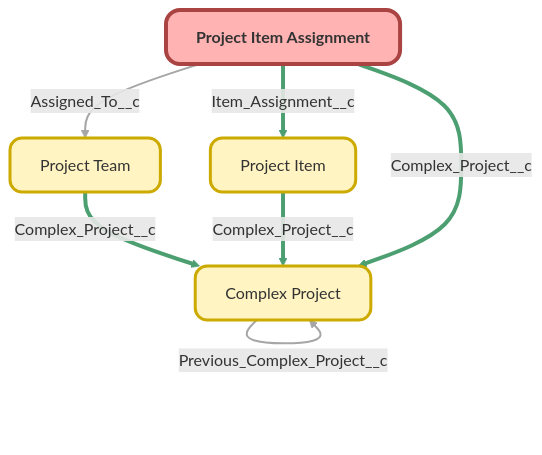
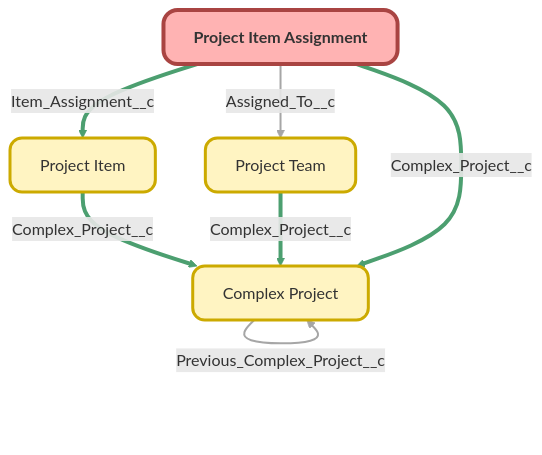
The diagram in docs/objects/Project_Item_Assignments__c.md (moechapa/ubiquity-org-monitoring), drawn with Mermaid before and after one commit. The commit also changed other lines of this file and 1296 other files, not shown here.

````diff
--- a/docs/objects/Project_Item_Assignments__c.md
+++ b/docs/objects/Project_Item_Assignments__c.md
@@ -12,26 +12,26 @@
 ```mermaid
 graph TD
 Project_Team__c["Project Team"]:::customObject
 click Project_Team__c "/objects/Project_Team__c/"
 Project_Item__c["Project Item"]:::customObject
 click Project_Item__c "/objects/Project_Item__c/"
 Project_Item_Assignments__c["Project Item Assignment"]:::mainObject
 click Project_Item_Assignments__c "/objects/Project_Item_Assignments__c/"
 Complex_Project__c["Complex Project"]:::customObject
 click Complex_Project__c "/objects/Complex_Project__c/"
 
+Project_Item__c ==>|Complex_Project__c| Complex_Project__c
 Project_Team__c ==>|Complex_Project__c| Complex_Project__c
-Project_Item__c ==>|Complex_Project__c| Complex_Project__c
 Project_Item_Assignments__c ==>|Item_Assignment__c| Project_Item__c
 Project_Item_Assignments__c ==>|Complex_Project__c| Complex_Project__c
 Project_Item_Assignments__c -->|Assigned_To__c| Project_Team__c
 Complex_Project__c -->|Previous_Complex_Project__c| Complex_Project__c
 
 classDef object fill:#D6E9FF,stroke:#0070D2,stroke-width:3px,rx:12px,ry:12px,shadow:drop,color:#333;
 classDef customObject fill:#FFF4C2,stroke:#CCAA00,stroke-width:3px,rx:12px,ry:12px,shadow:drop,color:#333;
 classDef customObjectManaged fill:#FFD8B2,stroke:#CC5500,stroke-width:3px,rx:12px,ry:12px,shadow:drop,color:#333;
 classDef mainObject fill:#FFB3B3,stroke:#A94442,stroke-width:4px,rx:14px,ry:14px,shadow:drop,color:#333,font-weight:bold;
 linkStyle 0,1,2,3 stroke:#4C9F70,stroke-width:4px;
 linkStyle 4,5 stroke:#A6A6A6,stroke-width:2px;
 
 ```
````
